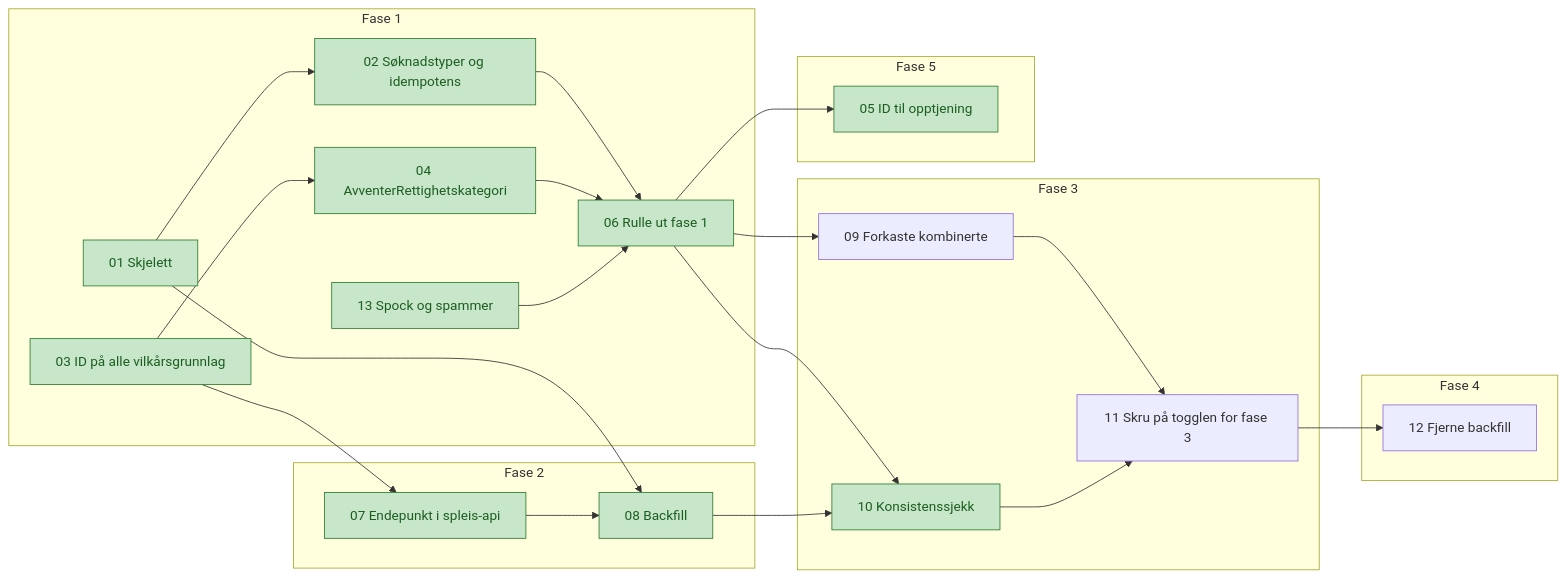
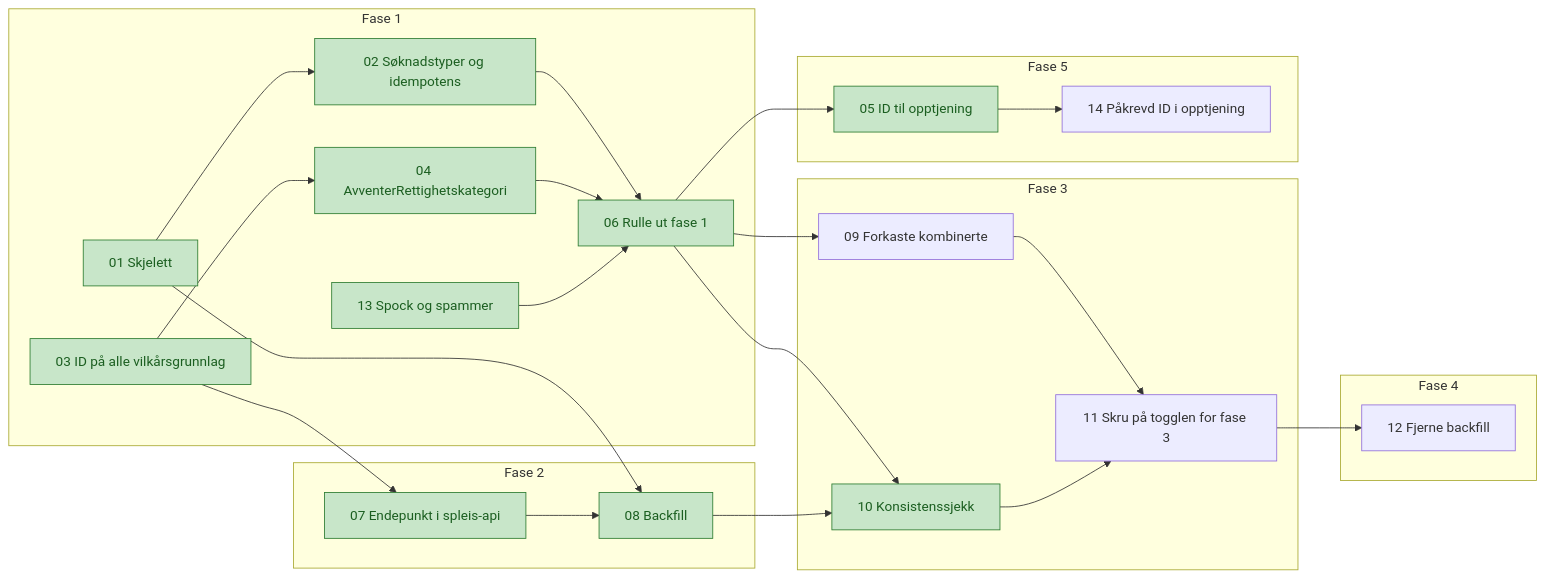
Before and after one commit to navikt/helse-sas-meta: the diagram in docs/tickets/avklare-rettighetskategori/index.md, drawn with Mermaid. The commit also changed other lines of this file and 3 other files, not shown here.

````diff
--- a/docs/tickets/avklare-rettighetskategori/index.md
+++ b/docs/tickets/avklare-rettighetskategori/index.md
@@ -21,33 +22,33 @@
 ```mermaid
 flowchart LR
     subgraph F1[Fase 1]
         T01[01 Skjelett] --> T02[02 Søknadstyper og idempotens]
         T03[03 ID på alle vilkårsgrunnlag] --> T04[04 AvventerRettighetskategori]
         T02 --> T06[06 Rulle ut fase 1]
         T04 --> T06
         T13[13 Spock og spammer] --> T06
     end
     subgraph F2[Fase 2]
         T07[07 Endepunkt i spleis-api] --> T08[08 Backfill]
     end
     subgraph F3[Fase 3]
         T09[09 Forkaste kombinerte] --> T11[11 Skru på togglen for fase 3]
         T10[10 Konsistenssjekk] --> T11
     end
     subgraph F4[Fase 4]
         T12[12 Fjerne backfill]
     end
     subgraph F5[Fase 5]
-        T05[05 ID til opptjening]
+        T05[05 ID til opptjening] --> T14[14 Påkrevd ID i opptjening]
     end
     T06 --> T05
     T03 --> T07
     T01 --> T08
     T06 --> T09
     T06 --> T10
     T08 --> T10
     T11 --> T12
 
     classDef ferdig fill:#c8e6c9,stroke:#2e7d32,color:#1b5e20
     class T01,T02,T03,T04,T05,T06,T07,T08,T10,T13 ferdig
 ```
````
